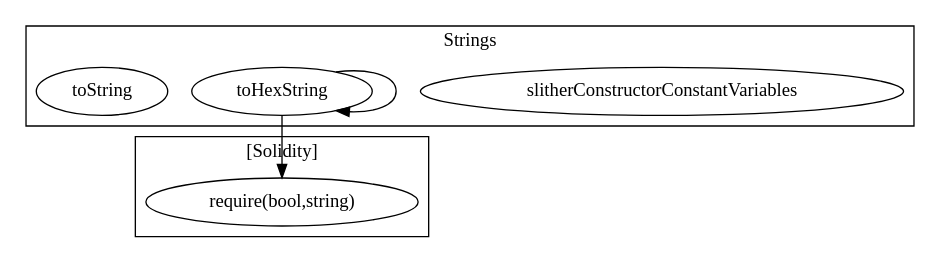
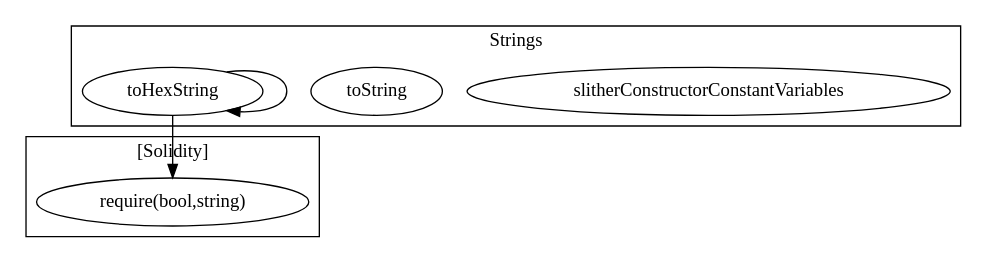
The diagram in contracts/build/...Strings.call-graph.dot (FlipsideCrypto/badger), drawn with Graphviz before and after one commit. The commit also changed 110 other files, not shown here.

```diff
--- a/contracts/build/...Strings.call-graph.dot
+++ b/contracts/build/...Strings.call-graph.dot
@@ -1,13 +1,13 @@
 strict digraph {
-subgraph cluster_2374_Strings {
+subgraph cluster_2669_Strings {
 label = "Strings"
-"2374_slitherConstructorConstantVariables" [label="slitherConstructorConstantVariables"]
-"2374_toHexString" [label="toHexString"]
-"2374_toString" [label="toString"]
-"2374_toHexString" -> "2374_toHexString"
+"2669_slitherConstructorConstantVariables" [label="slitherConstructorConstantVariables"]
+"2669_toString" [label="toString"]
+"2669_toHexString" [label="toHexString"]
+"2669_toHexString" -> "2669_toHexString"
 }subgraph cluster_solidity {
 label = "[Solidity]"
 "require(bool,string)" 
-"2374_toHexString" -> "require(bool,string)"
+"2669_toHexString" -> "require(bool,string)"
 }
 }
```
